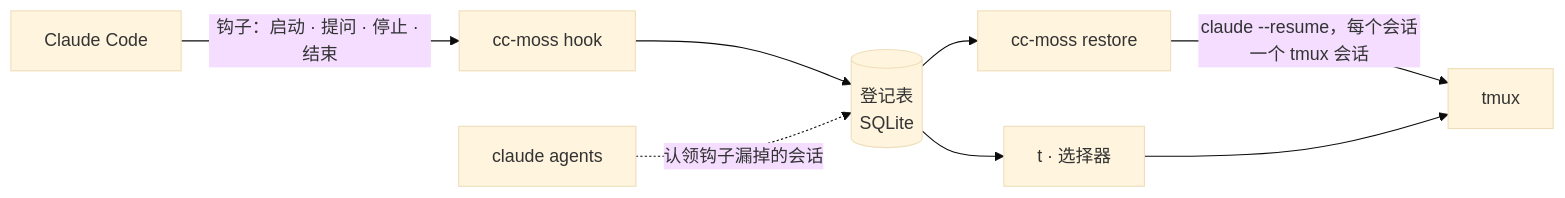
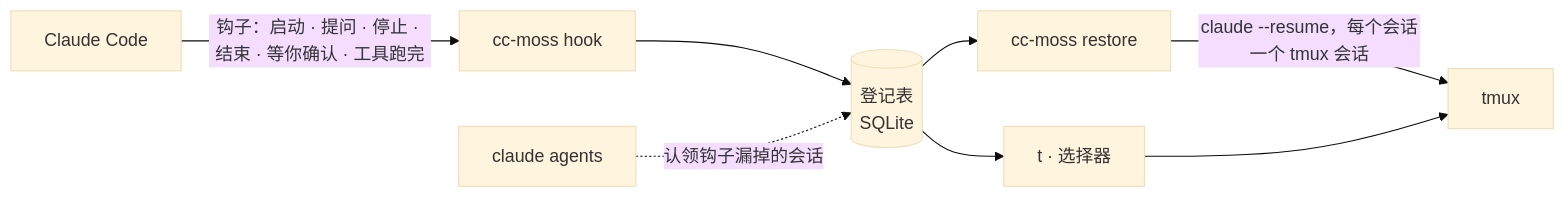
Before and after one commit to larrykoo711/cc-moss: the diagram in docs/guide.md, drawn with Mermaid (base theme). The commit also changed other lines of this file and 28 other files, not shown here.

````diff
--- a/docs/guide.md
+++ b/docs/guide.md
@@ -113,10 +114,10 @@
 ```mermaid
 flowchart LR
-    CC["Claude Code"] -- "钩子：启动 · 提问 · 停止 · 结束" --> H["cc-moss hook"]
+    CC["Claude Code"] -- "钩子：启动 · 提问 · 停止 · 结束 · 等你确认 · 工具跑完" --> H["cc-moss hook"]
     H --> DB[("登记表<br/>SQLite")]
     A["claude agents"] -. "认领钩子漏掉的会话" .-> DB
     DB --> P["t · 选择器"]
     DB --> R["cc-moss restore"]
     R -- "claude --resume，每个会话一个 tmux 会话" --> T["tmux"]
     P --> T
 ```
````
